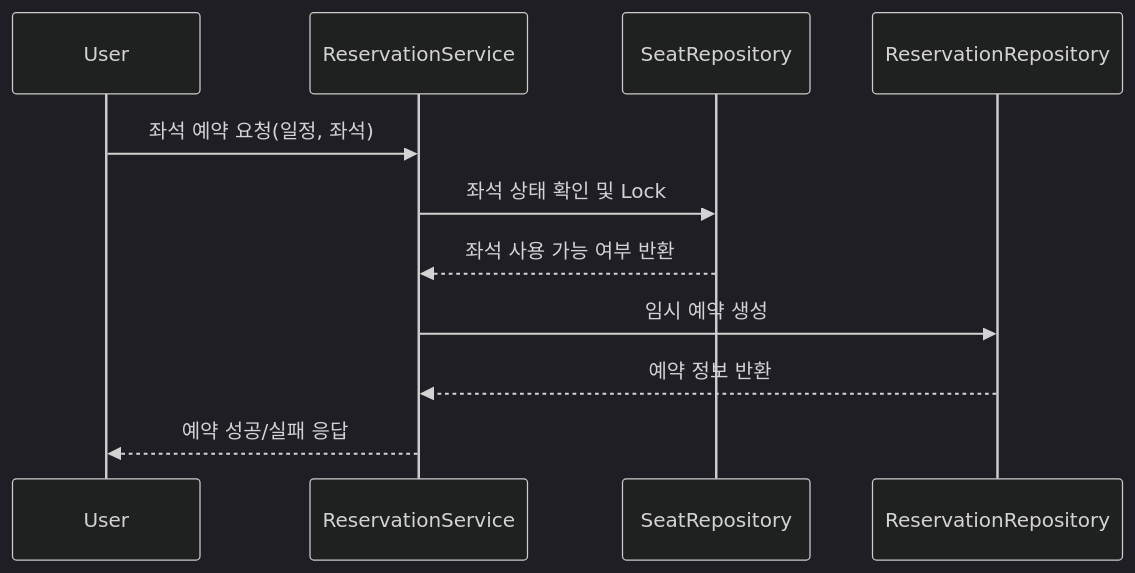
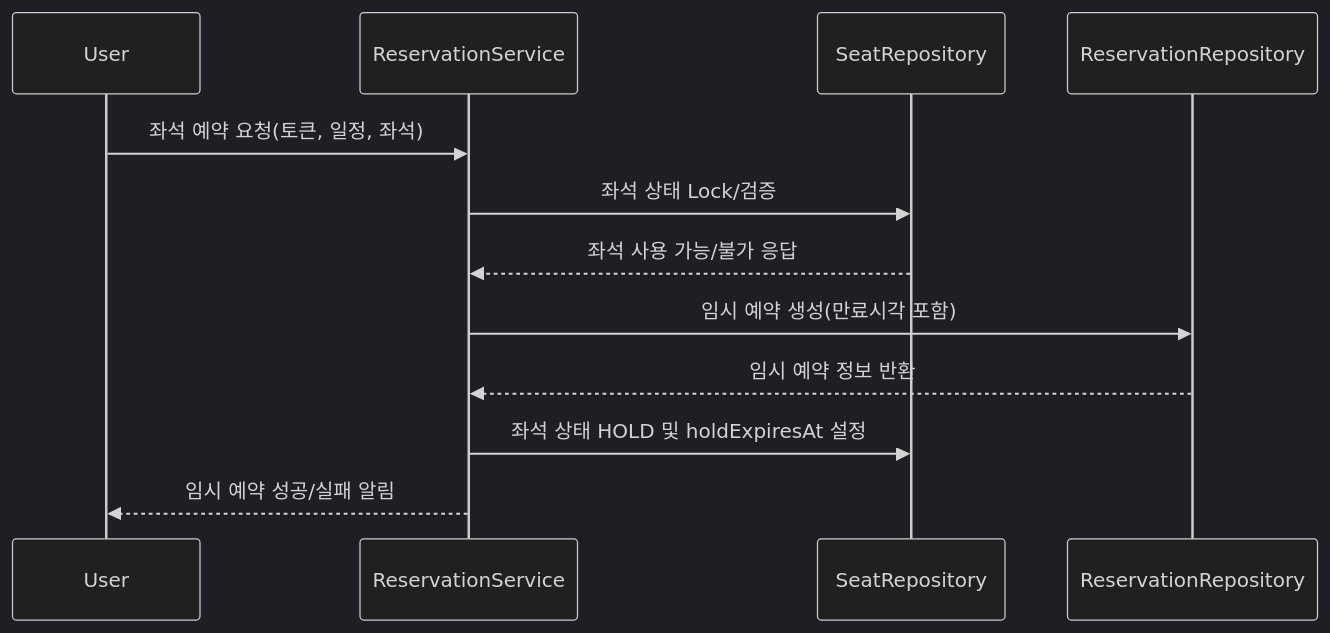
The fifth of 8 diagrams in README.md (minu-study/ticketing-platform), drawn with Mermaid (dark theme) before and after one commit. The commit also changed other lines of this file, not shown here.

Commit message:
docs: 요구사항 분석에 따라 다이어그램 수정

````diff
--- a/README.md
+++ b/README.md
@@ -297,14 +339,15 @@
 ```mermaid
 sequenceDiagram
     participant User
     participant ReservationService
     participant SeatRepository
     participant ReservationRepository
 
-    User->>ReservationService: 좌석 예약 요청(일정, 좌석)
-    ReservationService->>SeatRepository: 좌석 상태 확인 및 Lock
-    SeatRepository-->>ReservationService: 좌석 사용 가능 여부 반환
-    ReservationService->>ReservationRepository: 임시 예약 생성
-    ReservationRepository-->>ReservationService: 예약 정보 반환
-    ReservationService-->>User: 예약 성공/실패 응답
+    User->>ReservationService: 좌석 예약 요청(토큰, 일정, 좌석)
+    ReservationService->>SeatRepository: 좌석 상태 Lock/검증
+    SeatRepository-->>ReservationService: 좌석 사용 가능/불가 응답
+    ReservationService->>ReservationRepository: 임시 예약 생성(만료시각 포함)
+    ReservationRepository-->>ReservationService: 임시 예약 정보 반환
+    ReservationService->>SeatRepository: 좌석 상태 HOLD 및 holdExpiresAt 설정
+    ReservationService-->>User: 임시 예약 성공/실패 알림
 ```
````
